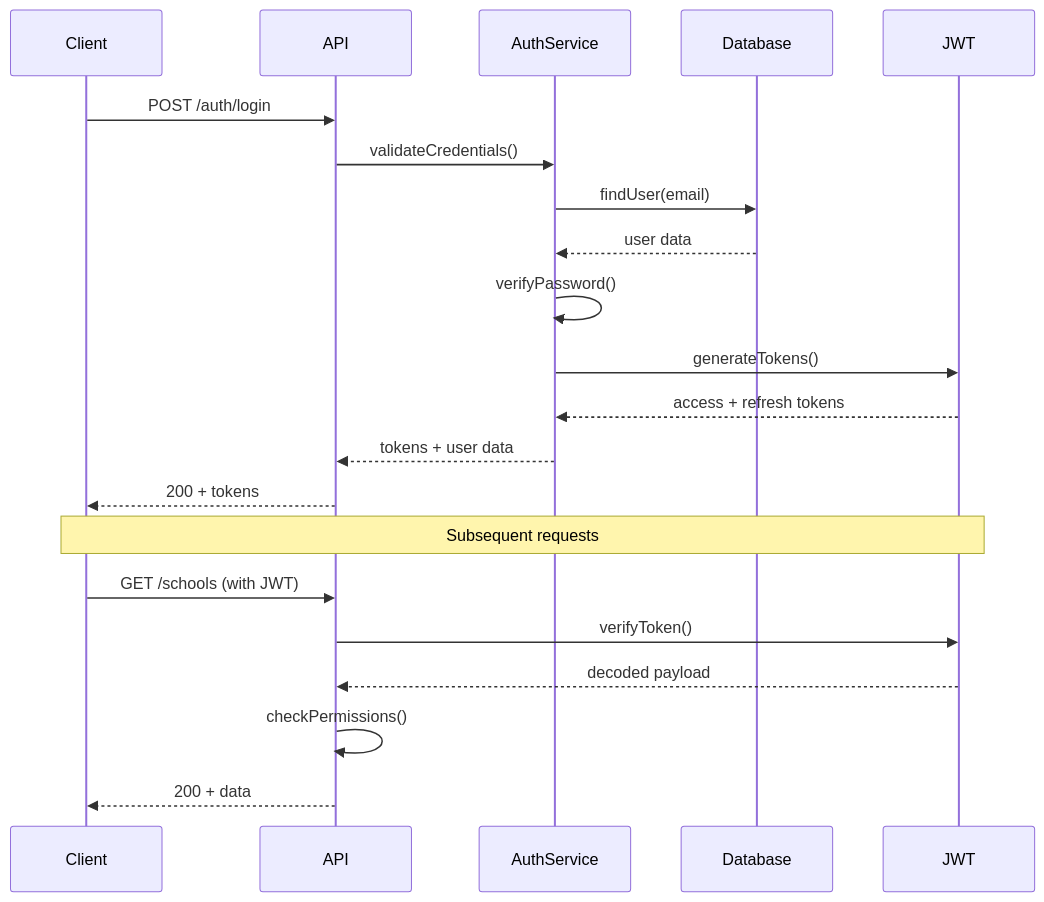
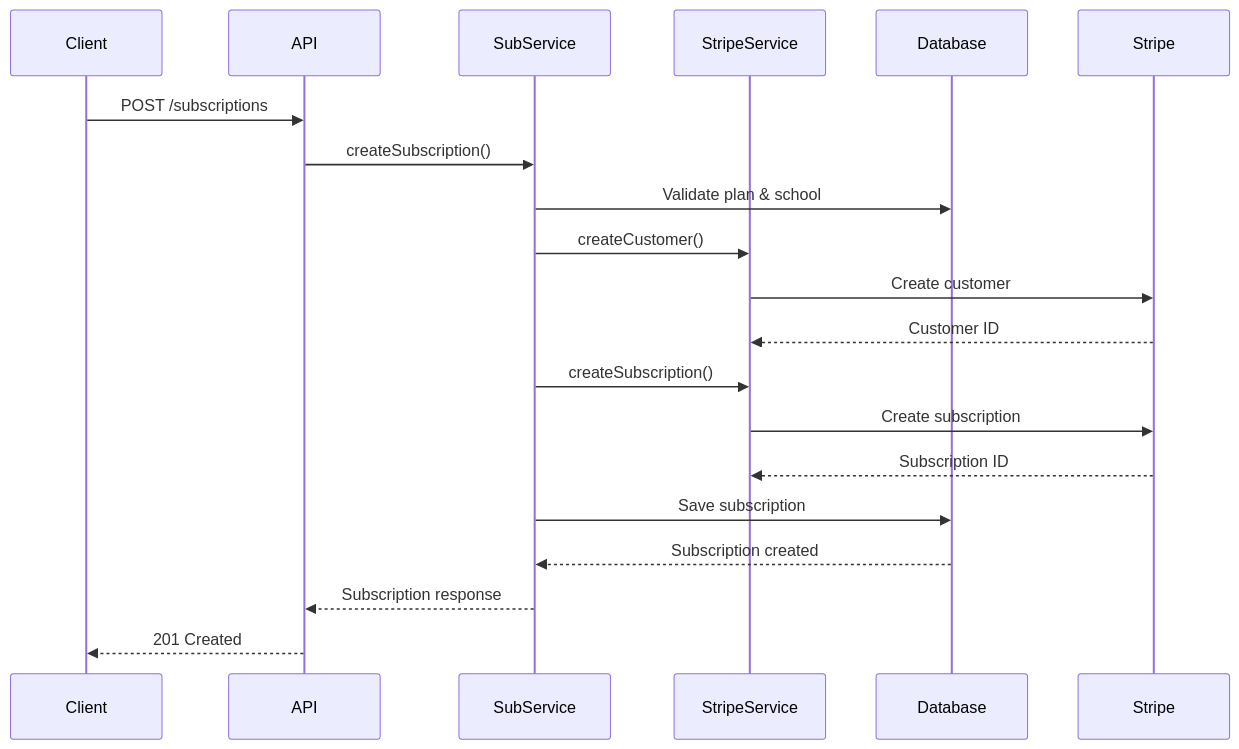
One commit to abdoElHodaky/sasscolmng changed the fourth of 14 diagrams in docs/ARCHITECTURE.md. Above: the diagram before and after it, drawn with Mermaid. The commit also changed other lines of this file and 18 other files, not shown here.

````diff
--- a/docs/ARCHITECTURE.md
+++ b/docs/ARCHITECTURE.md
@@ -308,25 +302,23 @@
 ```mermaid
 sequenceDiagram
     participant Client
     participant API
-    participant AuthService
+    participant SubService
+    participant StripeService
     participant Database
-    participant JWT
-    
-    Client->>API: POST /auth/login
-    API->>AuthService: validateCredentials()
-    AuthService->>Database: findUser(email)
-    Database-->>AuthService: user data
-    AuthService->>AuthService: verifyPassword()
-    AuthService->>JWT: generateTokens()
-    JWT-->>AuthService: access + refresh tokens
-    AuthService-->>API: tokens + user data
-    API-->>Client: 200 + tokens
-    
-    Note over Client,JWT: Subsequent requests
-    Client->>API: GET /schools (with JWT)
-    API->>JWT: verifyToken()
-    JWT-->>API: decoded payload
-    API->>API: checkPermissions()
-    API-->>Client: 200 + data
+    participant Stripe
+
+    Client->>API: POST /subscriptions
+    API->>SubService: createSubscription()
+    SubService->>Database: Validate plan & school
+    SubService->>StripeService: createCustomer()
+    StripeService->>Stripe: Create customer
+    Stripe-->>StripeService: Customer ID
+    SubService->>StripeService: createSubscription()
+    StripeService->>Stripe: Create subscription
+    Stripe-->>StripeService: Subscription ID
+    SubService->>Database: Save subscription
+    Database-->>SubService: Subscription created
+    SubService-->>API: Subscription response
+    API-->>Client: 201 Created
 ```
````
